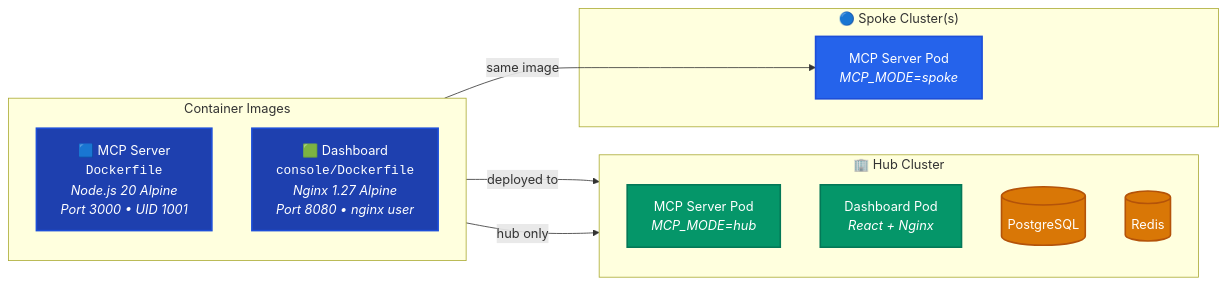
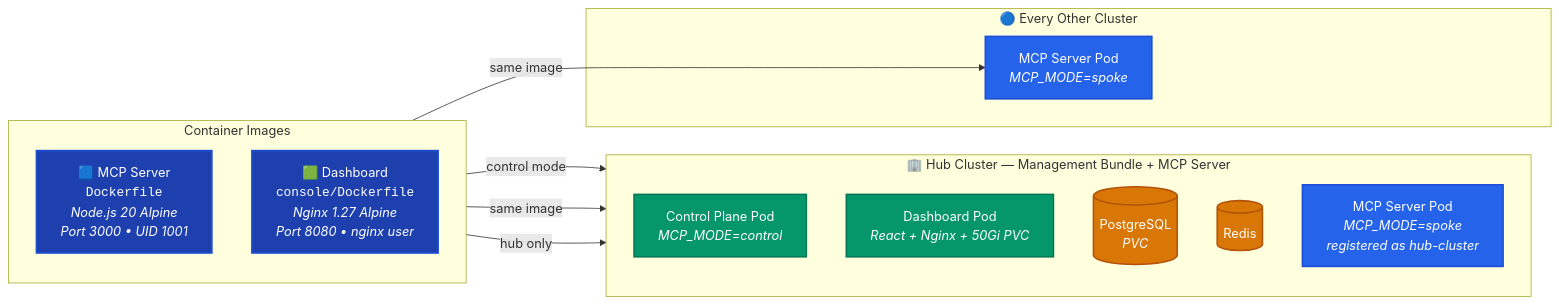
Before and after one commit to cskaruppu/Openshift-mcp-server: the sixth of 9 diagrams in README.md, drawn with Mermaid. The commit also changed other lines of this file and 1 other file, not shown here.

First line of the commit message:
docs: update README + architecture reference for two-plane stateless design

````diff
--- a/README.md
+++ b/README.md
@@ -441,34 +464,36 @@
 ```mermaid
 flowchart LR
     subgraph IMAGES["Container Images"]
         direction TB
         IMG1["🟦 MCP Server<br/><code>Dockerfile</code><br/><i>Node.js 20 Alpine</i><br/><i>Port 3000 • UID 1001</i>"]
         IMG2["🟩 Dashboard<br/><code>console/Dockerfile</code><br/><i>Nginx 1.27 Alpine</i><br/><i>Port 8080 • nginx user</i>"]
     end
 
-    subgraph HUB_DEPLOY["🏢 Hub Cluster"]
+    subgraph HUB_DEPLOY["🏢 Hub Cluster — Management Bundle + MCP Server"]
         direction TB
-        H1["MCP Server Pod<br/><i>MCP_MODE=hub</i>"]
-        H2["Dashboard Pod<br/><i>React + Nginx</i>"]
-        H3[("PostgreSQL")]
+        H1["Control Plane Pod<br/><i>MCP_MODE=control</i>"]
+        H2["Dashboard Pod<br/><i>React + Nginx + 50Gi PVC</i>"]
+        H3[("PostgreSQL<br/><i>PVC</i>")]
         H4[("Redis")]
+        H5["MCP Server Pod<br/><i>MCP_MODE=spoke<br/>registered as hub-cluster</i>"]
     end
 
-    subgraph SPOKE_DEPLOY["🔵 Spoke Cluster(s)"]
+    subgraph SPOKE_DEPLOY["🔵 Every Other Cluster"]
         S1["MCP Server Pod<br/><i>MCP_MODE=spoke</i>"]
     end
 
-    IMG1 -->|"deployed to"| H1
+    IMG1 -->|"control mode"| H1
+    IMG1 -->|"same image"| H5
     IMG1 -->|"same image"| S1
     IMG2 -->|"hub only"| H2
 
     classDef img fill:#1E40AF,stroke:#1D4ED8,color:#FFFFFF,stroke-width:2px
     classDef hub fill:#059669,stroke:#047857,color:#FFFFFF,stroke-width:2px
     classDef spoke fill:#2563EB,stroke:#1D4ED8,color:#FFFFFF,stroke-width:2px
     classDef db fill:#D97706,stroke:#B45309,color:#FFFFFF,stroke-width:2px
 
     class IMG1,IMG2 img
     class H1,H2 hub
-    class S1 spoke
+    class S1,H5 spoke
     class H3,H4 db
 ```
````
